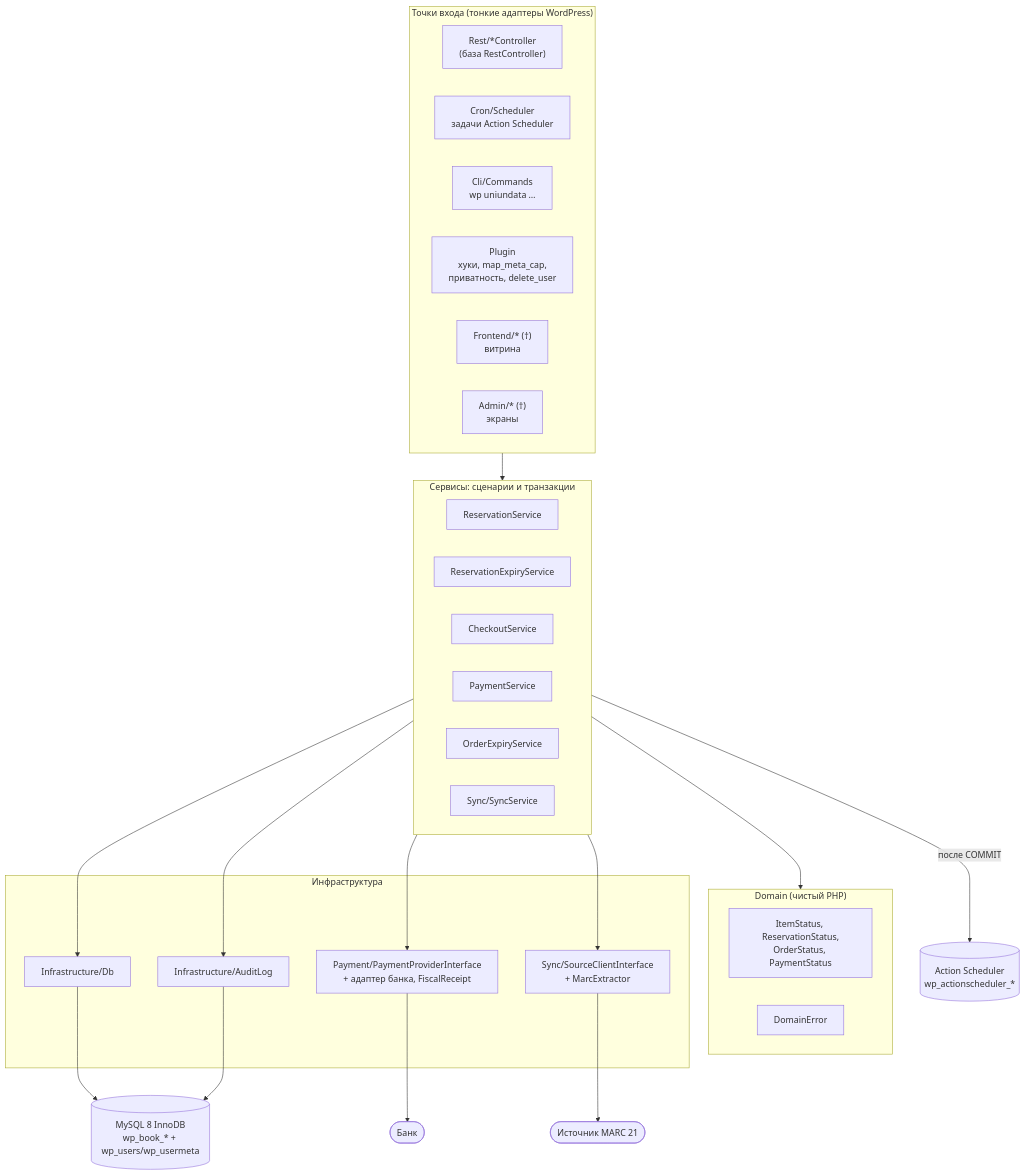
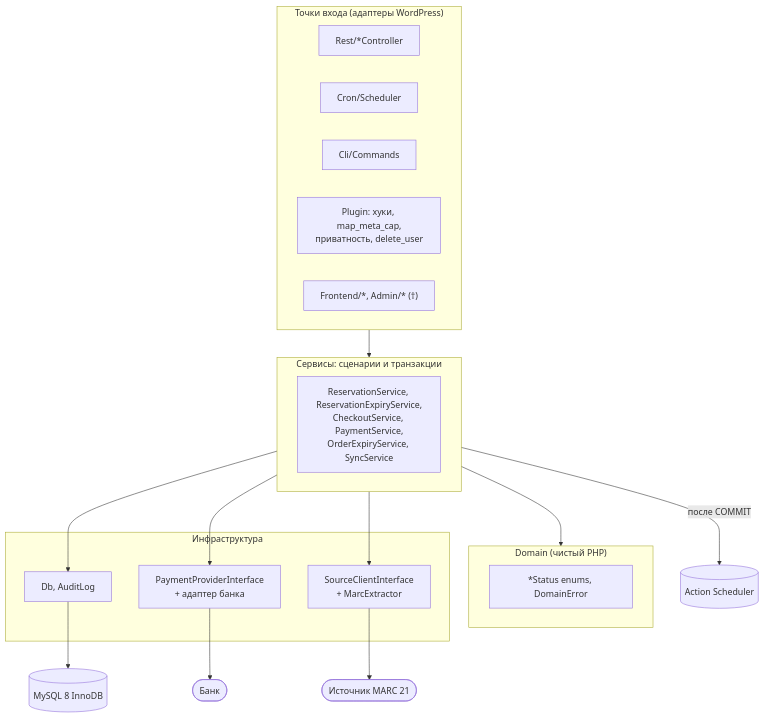
The first of 2 diagrams in docs/01-architecture.md (bomkot07/plan), drawn with Mermaid before and after one commit. The commit also changed other lines of this file and 22 other files, not shown here.

First line of the commit message:
WIP: finish v2 code fixes, algorithms doc and schema/status/architecture docs

````diff
--- a/docs/01-architecture.md
+++ b/docs/01-architecture.md
@@ -39,45 +38,28 @@
 ```mermaid
 flowchart TB
-  subgraph Entry["Точки входа (тонкие адаптеры WordPress)"]
-    REST["Rest/*Controller<br/>(база RestController)"]
-    CRON["Cron/Scheduler<br/>задачи Action Scheduler"]
-    CLI["Cli/Commands<br/>wp uniundata …"]
-    PLG["Plugin<br/>хуки, map_meta_cap,<br/>приватность, delete_user"]
-    FRONT["Frontend/* (†)<br/>витрина"]
-    ADMIN["Admin/* (†)<br/>экраны"]
+  subgraph Entry["Точки входа (адаптеры WordPress)"]
+    REST["Rest/*Controller"]
+    CRON["Cron/Scheduler"]
+    CLI["Cli/Commands"]
+    PLG["Plugin: хуки, map_meta_cap,<br/>приватность, delete_user"]
+    FRONT["Frontend/*, Admin/* (†)"]
   end
   subgraph App["Сервисы: сценарии и транзакции"]
-    RS["ReservationService"]
-    RES["ReservationExpiryService"]
-    CS["CheckoutService"]
-    PS["PaymentService"]
-    OES["OrderExpiryService"]
-    SS["Sync/SyncService"]
+    SVC["ReservationService, ReservationExpiryService,<br/>CheckoutService, PaymentService,<br/>OrderExpiryService, SyncService"]
   end
   subgraph Dom["Domain (чистый PHP)"]
-    EN["ItemStatus, ReservationStatus,<br/>OrderStatus, PaymentStatus"]
-    DE["DomainError"]
+    EN["*Status enums, DomainError"]
   end
   subgraph Infra["Инфраструктура"]
-    DB["Infrastructure/Db"]
-    AL["Infrastructure/AuditLog"]
-    PP["Payment/PaymentProviderInterface<br/>+ адаптер банка, FiscalReceipt"]
-    SC["Sync/SourceClientInterface<br/>+ MarcExtractor"]
+    DB["Db, AuditLog"]
+    PP["PaymentProviderInterface<br/>+ адаптер банка"]
+    SC["SourceClientInterface<br/>+ MarcExtractor"]
   end
-  MYSQL[("MySQL 8 InnoDB<br/>wp_book_* + wp_users/wp_usermeta")]
-  AS[("Action Scheduler<br/>wp_actionscheduler_*")]
-  BANK(["Банк"])
-  SRC(["Источник MARC 21"])
-
-  Entry --> App
-  App --> Dom
-  App --> DB
-  App --> AL
-  App --> PP
-  App --> SC
-  DB --> MYSQL
-  AL --> MYSQL
+  MYSQL[("MySQL 8 InnoDB")]
+  AS[("Action Scheduler")]
+  Entry --> App --> Dom
+  App --> DB --> MYSQL
+  App --> PP --> BANK(["Банк"])
+  App --> SC --> SRC(["Источник MARC 21"])
   App -- "после COMMIT" --> AS
-  PP --> BANK
-  SC --> SRC
 ```
````
